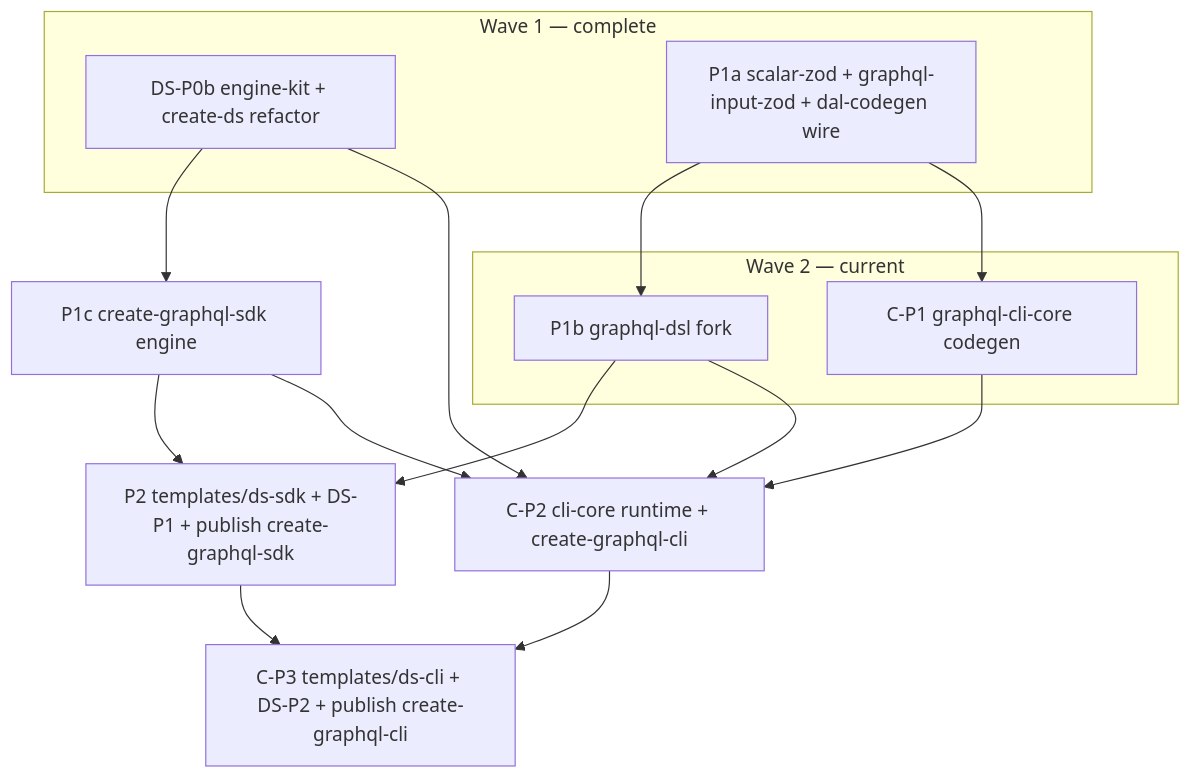
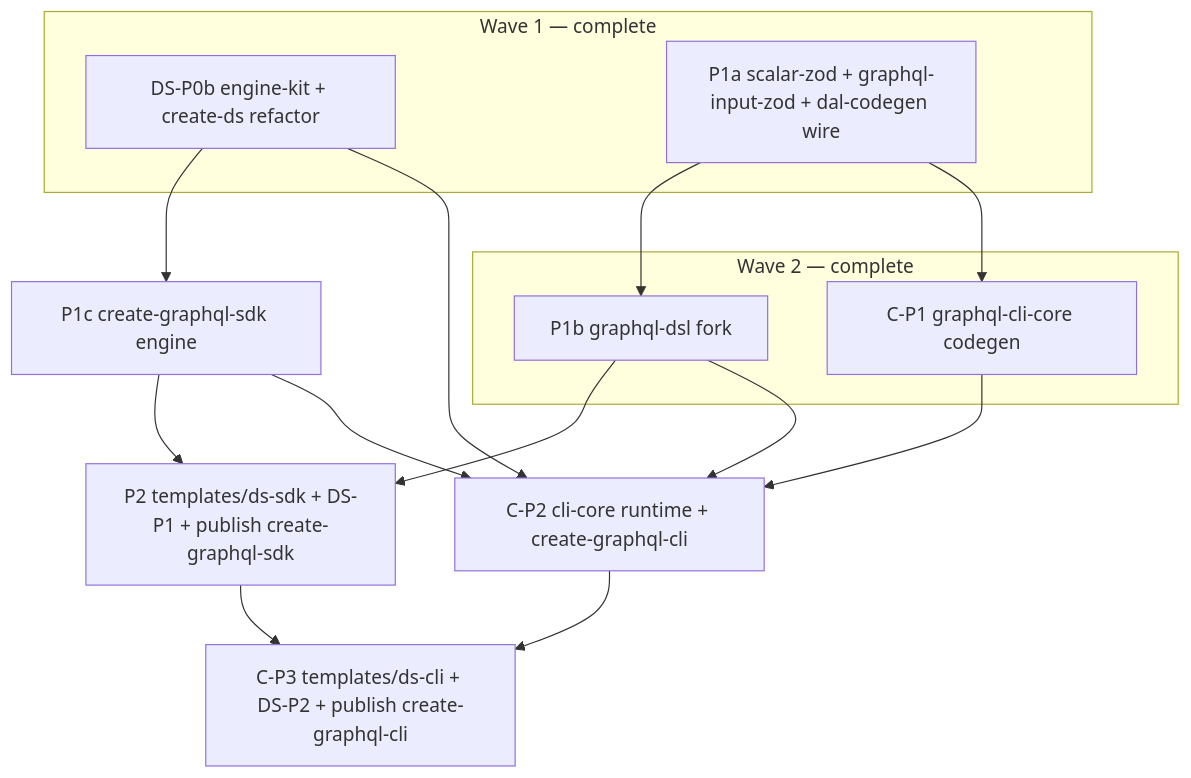
The diagram in docs/developer/16-generator-implementation-roadmap.md (CorpDK/coding-templates), drawn with Mermaid before and after one commit. The commit also changed other lines of this file and 16 other files, not shown here.

````diff
--- a/docs/developer/16-generator-implementation-roadmap.md
+++ b/docs/developer/16-generator-implementation-roadmap.md
@@ -28,26 +28,26 @@
 ```mermaid
 flowchart TB
   subgraph wave1 [Wave 1 — complete]
     DS-P0b[DS-P0b engine-kit + create-ds refactor]
     P1a[P1a scalar-zod + graphql-input-zod + dal-codegen wire]
   end
-  subgraph wave2 [Wave 2 — current]
+  subgraph wave2 [Wave 2 — complete]
     P1b[P1b graphql-dsl fork]
     C-P1[C-P1 graphql-cli-core codegen]
   end
   P1c[P1c create-graphql-sdk engine]
   P2[P2 templates/ds-sdk + DS-P1 + publish create-graphql-sdk]
   C-P2[C-P2 cli-core runtime + create-graphql-cli]
   C-P3[C-P3 templates/ds-cli + DS-P2 + publish create-graphql-cli]
   DS-P0b --> P1c
   P1a --> P1b
   P1a --> C-P1
   P1b --> P2
   P1c --> P2
   P1b --> C-P2
   P1c --> C-P2
   DS-P0b --> C-P2
   C-P1 --> C-P2
   P2 --> C-P3
   C-P2 --> C-P3
 ```
````
